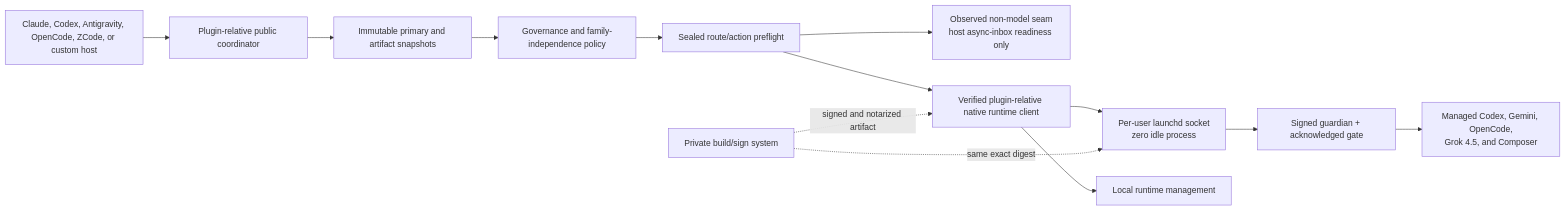
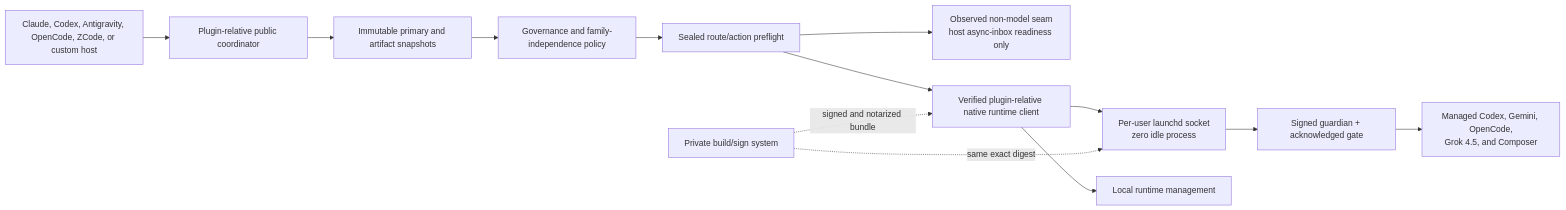
Before and after one commit to sumitake/agent-collab: the diagram in README.md, drawn with Mermaid. The commit also changed other lines of this file and 23 other files, not shown here.

````diff
--- a/README.md
+++ b/README.md
@@ -122,15 +124,15 @@
 ```mermaid
 flowchart LR
     H["Claude, Codex, Antigravity, OpenCode, ZCode, or custom host"] --> C0["Plugin-relative public coordinator"]
     C0 --> P["Immutable primary and artifact snapshots"]
     P --> G["Governance and family-independence policy"]
     G --> S["Sealed route/action preflight"]
     S --> N["Observed non-model seam<br/>host async-inbox readiness only"]
     S --> C["Verified plugin-relative native runtime client"]
     C --> B["Per-user launchd socket<br/>zero idle process"]
     B --> Q["Signed guardian + acknowledged gate"]
     Q --> X1["Managed Codex, Gemini, OpenCode,<br/>Grok 4.5, and Composer"]
     C --> X2["Local runtime management"]
-    W["Private build/sign system"] -. "signed and notarized artifact" .-> C
+    W["Private build/sign system"] -. "signed and notarized bundle" .-> C
     W -. "same exact digest" .-> B
 ```
````
